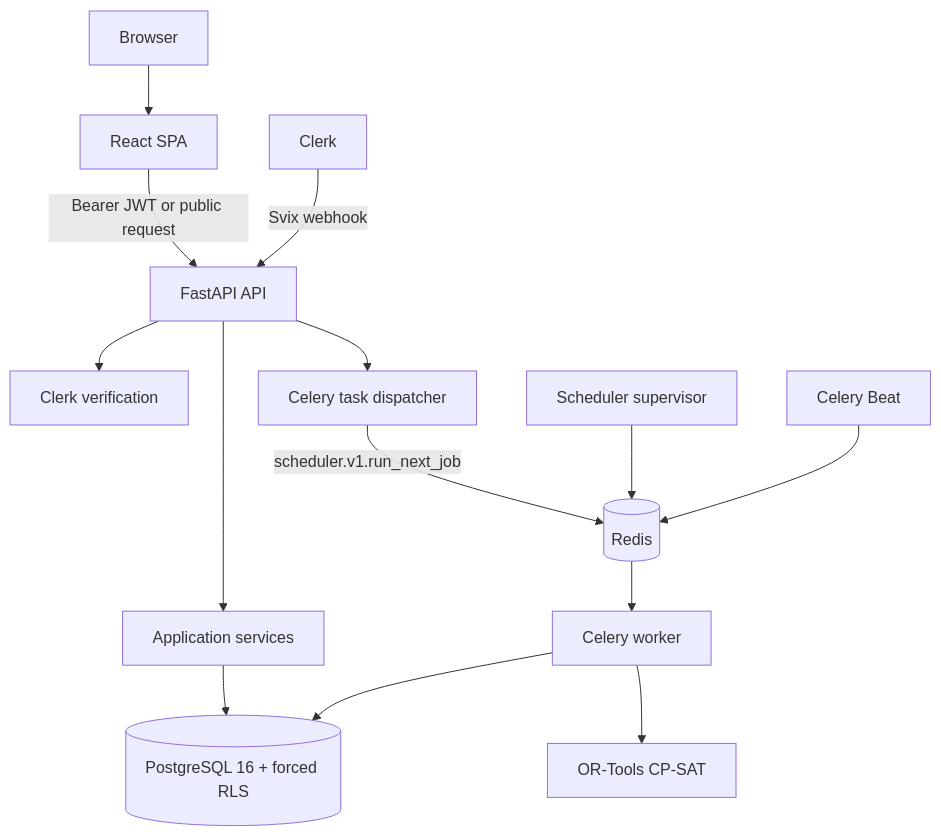
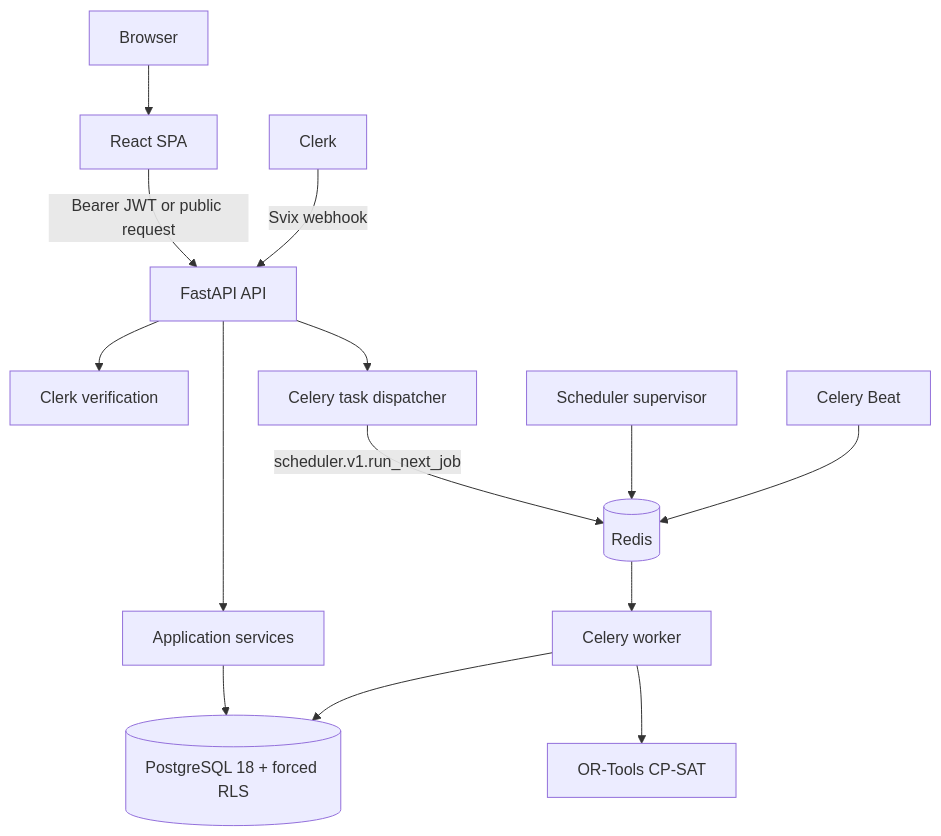
Before and after one commit to ORIOP25/Cronos: the diagram in documentation/01_system_architecture/SYSTEM_ARCHITECTURE.md, drawn with Mermaid. The commit also changed 96 other files, not shown here.

````diff
--- a/documentation/01_system_architecture/SYSTEM_ARCHITECTURE.md
+++ b/documentation/01_system_architecture/SYSTEM_ARCHITECTURE.md
@@ -49,16 +49,16 @@
 ```mermaid
 flowchart TD
     Browser[Browser] --> SPA[React SPA]
     SPA -->|Bearer JWT or public request| API[FastAPI API]
     API --> Auth[Clerk verification]
     API --> Services[Application services]
-    Services --> DB[(PostgreSQL 16 + forced RLS)]
+    Services --> DB[(PostgreSQL 18 + forced RLS)]
     API --> Dispatcher[Celery task dispatcher]
     Dispatcher -->|scheduler.v1.run_next_job| Redis[(Redis)]
     Redis --> Worker[Celery worker]
     Worker --> Solver[OR-Tools CP-SAT]
     Worker --> DB
     Supervisor[Scheduler supervisor] --> Redis
     Beat[Celery Beat] --> Redis
     Clerk[Clerk] -->|Svix webhook| API
 ```
````
